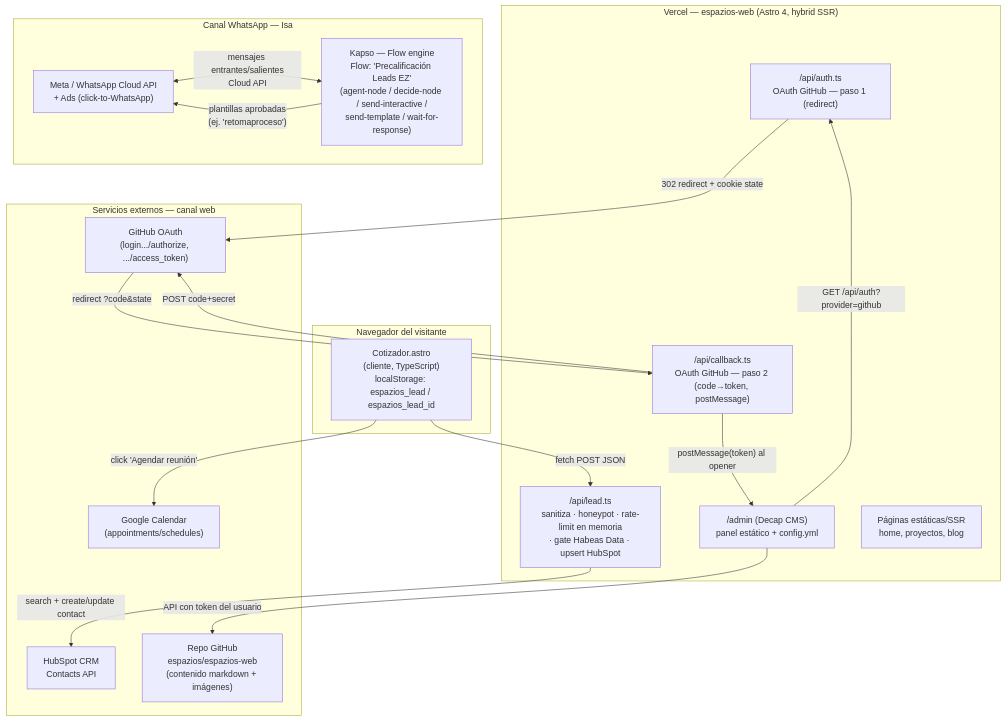
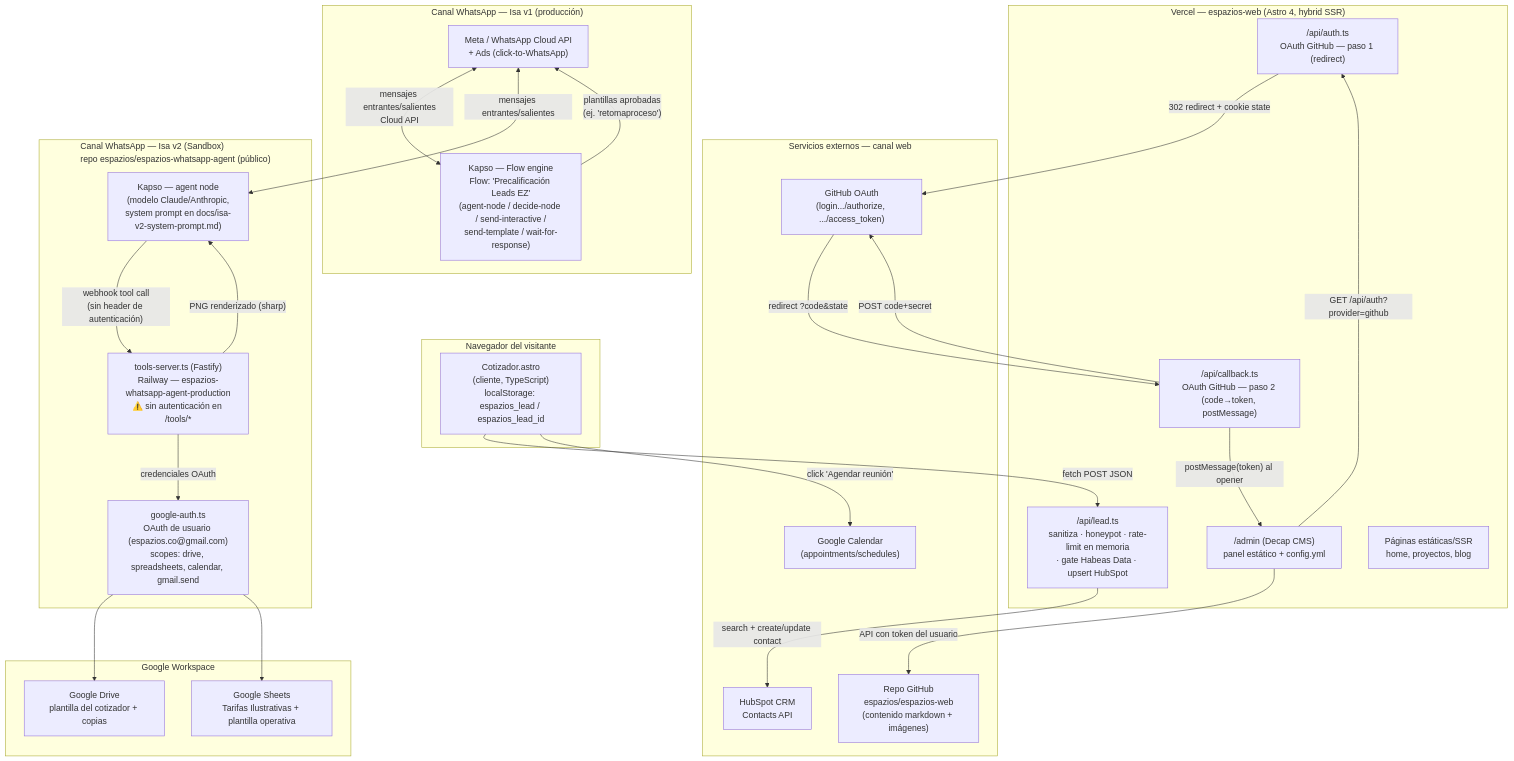
Before and after one commit to espazios/espazios-web: the first of 5 diagrams in docs/isa/02-arquitectura-tecnica.md, drawn with Mermaid. The commit also changed other lines of this file and 3 other files, not shown here.

First line of the commit message:
docs: amplía el análisis de Isa con el repo espazios-whatsapp-agent (Isa v2)

````diff
--- a/docs/isa/02-arquitectura-tecnica.md
+++ b/docs/isa/02-arquitectura-tecnica.md
@@ -5,40 +5,58 @@
 ```mermaid
 flowchart TB
     subgraph CLIENT["Navegador del visitante"]
         BROWSER["Cotizador.astro<br/>(cliente, TypeScript)<br/>localStorage: espazios_lead / espazios_lead_id"]
     end
 
     subgraph VERCEL["Vercel — espazios-web (Astro 4, hybrid SSR)"]
         LEAD["/api/lead.ts<br/>sanitiza · honeypot · rate-limit en memoria<br/>· gate Habeas Data · upsert HubSpot"]
         AUTH["/api/auth.ts<br/>OAuth GitHub — paso 1 (redirect)"]
         CALLBACK["/api/callback.ts<br/>OAuth GitHub — paso 2 (code→token, postMessage)"]
         ADMIN["/admin (Decap CMS)<br/>panel estático + config.yml"]
         STATIC["Páginas estáticas/SSR<br/>home, proyectos, blog"]
     end
 
     subgraph EXT_WEB["Servicios externos — canal web"]
         HUBSPOT["HubSpot CRM<br/>Contacts API"]
         GH_OAUTH["GitHub OAuth<br/>(login.../authorize, .../access_token)"]
         GH_REPO["Repo GitHub<br/>espazios/espazios-web<br/>(contenido markdown + imágenes)"]
         GCAL["Google Calendar<br/>(appointments/schedules)"]
     end
 
-    subgraph WA_STACK["Canal WhatsApp — Isa"]
+    subgraph WA_STACK["Canal WhatsApp — Isa v1 (producción)"]
         META["Meta / WhatsApp Cloud API<br/>+ Ads (click-to-WhatsApp)"]
         KAPSO["Kapso — Flow engine<br/>Flow: 'Precalificación Leads EZ'<br/>(agent-node / decide-node / send-interactive /<br/>send-template / wait-for-response)"]
+    end
+
+    subgraph WA2_STACK["Canal WhatsApp — Isa v2 (Sandbox)<br/>repo espazios/espazios-whatsapp-agent (público)"]
+        AGENT["Kapso — agent node<br/>(modelo Claude/Anthropic,<br/>system prompt en docs/isa-v2-system-prompt.md)"]
+        TOOLS["tools-server.ts (Fastify)<br/>Railway — espazios-whatsapp-agent-production<br/>⚠️ sin autenticación en /tools/*"]
+        GAUTH["google-auth.ts<br/>OAuth de usuario (espazios.co@gmail.com)<br/>scopes: drive, spreadsheets, calendar, gmail.send"]
+    end
+
+    subgraph GWORK["Google Workspace"]
+        GDRIVE["Google Drive<br/>plantilla del cotizador + copias"]
+        GSHEETS["Google Sheets<br/>Tarifas Ilustrativas + plantilla operativa"]
     end
 
     BROWSER -->|"fetch POST JSON"| LEAD
     LEAD -->|"search + create/update contact"| HUBSPOT
     BROWSER -->|"click 'Agendar reunión'"| GCAL
 
     ADMIN -->|"GET /api/auth?provider=github"| AUTH
     AUTH -->|"302 redirect + cookie state"| GH_OAUTH
     GH_OAUTH -->|"redirect ?code&state"| CALLBACK
     CALLBACK -->|"POST code+secret"| GH_OAUTH
     CALLBACK -->|"postMessage(token) al opener"| ADMIN
     ADMIN -->|"API con token del usuario"| GH_REPO
 
     META <-->|"mensajes entrantes/salientes<br/>Cloud API"| KAPSO
     KAPSO -->|"plantillas aprobadas<br/>(ej. 'retomaproceso')"| META
+
+    META <-->|"mensajes entrantes/salientes"| AGENT
+    AGENT -->|"webhook tool call<br/>(sin header de autenticación)"| TOOLS
+    TOOLS -->|"credenciales OAuth"| GAUTH
+    GAUTH --> GDRIVE
+    GAUTH --> GSHEETS
+    TOOLS -->|"PNG renderizado (sharp)"| AGENT
 ```
````
